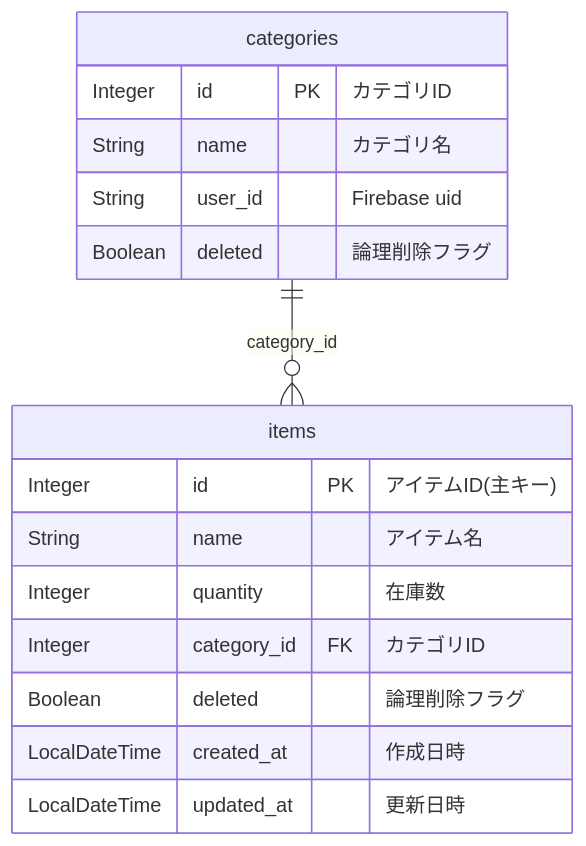
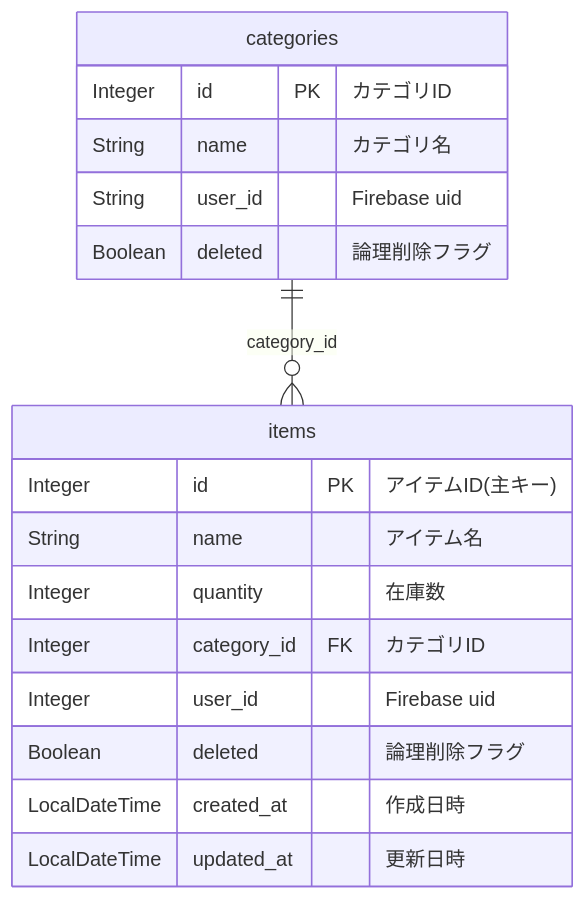
The diagram in doc/er.md (miki-hayashi-71/inventory-api), drawn with Mermaid before and after one commit.

Commit message:
docs: Reflect review feedback in ER diagram

````diff
--- a/doc/er.md
+++ b/doc/er.md
@@ -4,22 +4,23 @@
 ```mermaid
 erDiagram
 
 categories {
     Integer id PK "カテゴリID"
     String name "カテゴリ名"
     String user_id "Firebase uid"
     Boolean deleted "論理削除フラグ"
 }
 
 items {
     Integer id PK "アイテムID(主キー)"
     String name "アイテム名"
     Integer quantity "在庫数"
     Integer category_id FK "カテゴリID"
+    Integer user_id "Firebase uid"
     Boolean deleted "論理削除フラグ"
     LocalDateTime created_at "作成日時"
     LocalDateTime updated_at "更新日時"
 }
 
 categories || --o{ items : category_id
 ```
````
